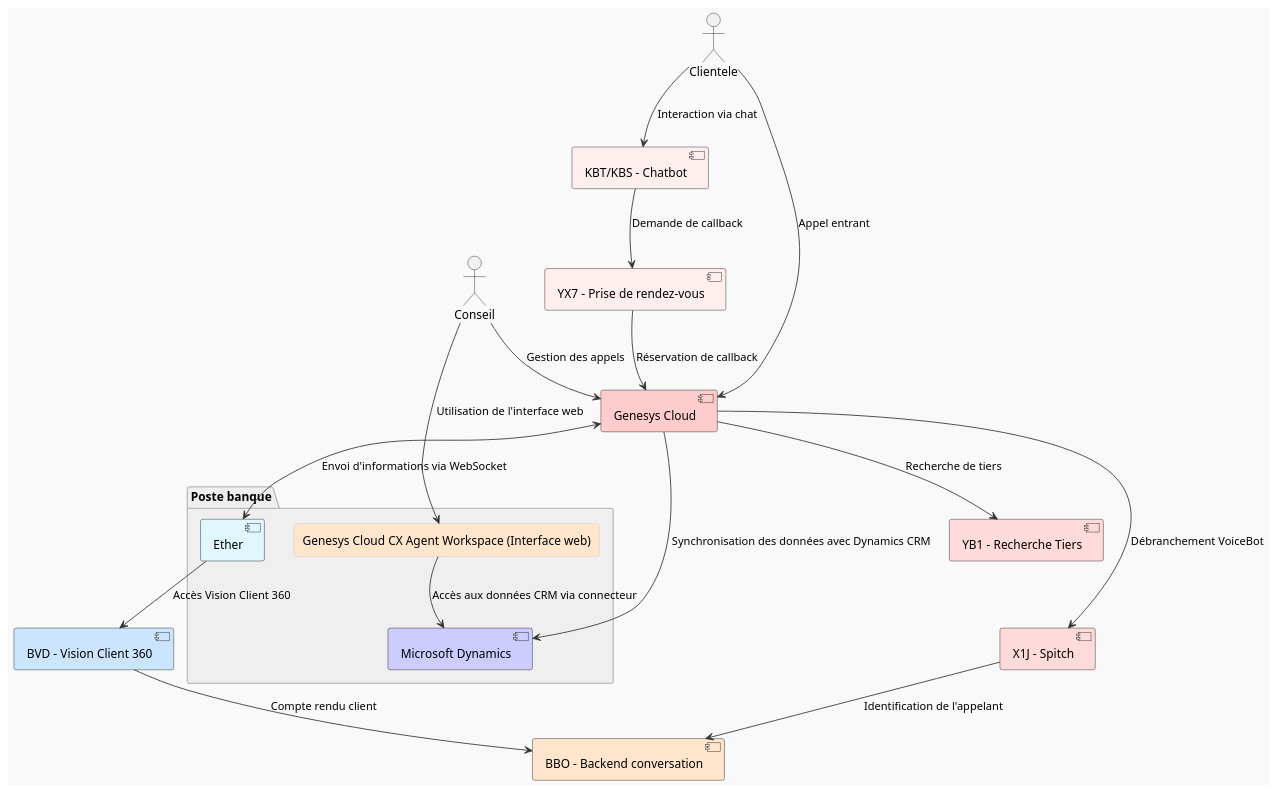
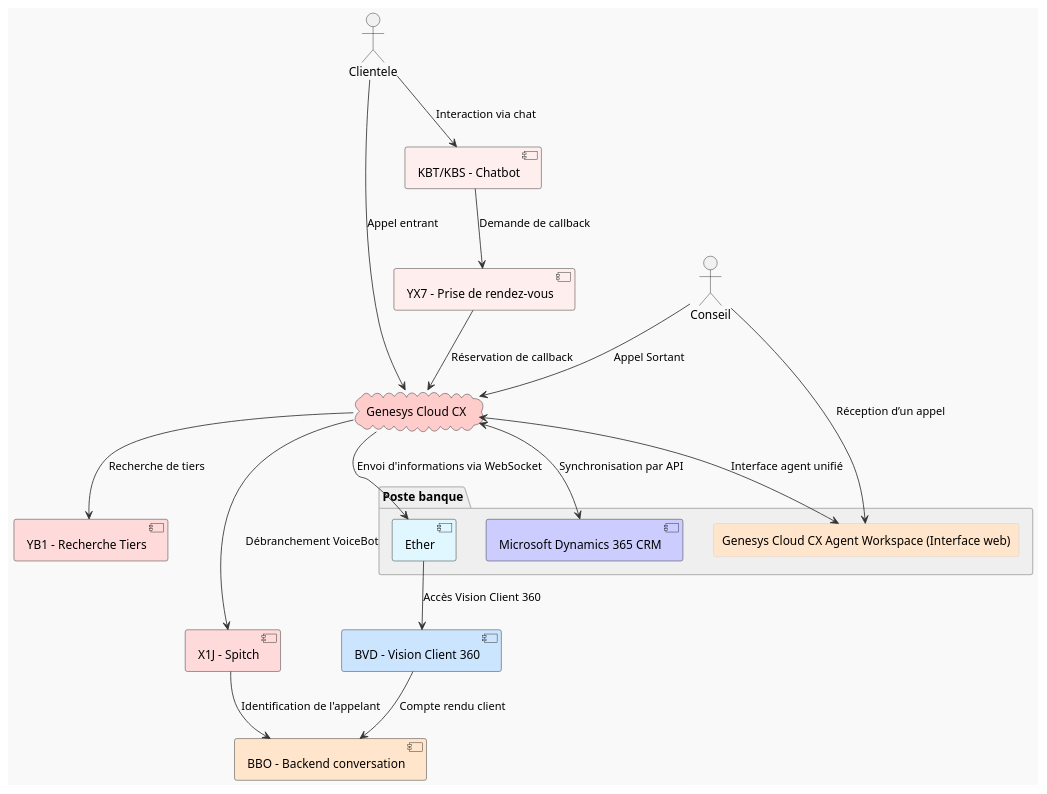
The diagram in v5.puml (tchapnga/etude), drawn with PlantUML before and after one commit. The commit also changed 1 other file, not shown here.

```diff
--- a/v5.puml
+++ b/v5.puml
@@ -1,61 +1,63 @@
 @startuml
 skinparam shadowing false
 skinparam monochrome false
 skinparam ArrowColor #333333
 skinparam BackgroundColor #F9F9F9
 skinparam FontName Arial
 skinparam FontSize 12
 
+' Style de rectangle et package
 skinparam rectangle {
   BackgroundColor #F7F7F7
   BorderColor #CCCCCC
 }
 skinparam package {
   BackgroundColor #EFEFEF
   BorderColor #BBBBBB
 }
 
 actor Clientele as clientele
 actor Conseil as conseil
 
 package "Poste banque" {
   rectangle "Genesys Cloud CX Agent Workspace (Interface web)" as agent_workspace #FFE5CC
   component "Ether" as ether #E0F7FF
-  component "Microsoft Dynamics" as dynamics #CCCCFF
+  component "Microsoft Dynamics 365 CRM" as dynamics #CCCCFF
 }
+
+cloud "Genesys Cloud CX" as genesys #FFCCCC
 
 component "KBT/KBS - Chatbot" as chatbot #FFEEEE
 component "YX7 - Prise de rendez-vous" as rendezvous #FFEEEE
-component "Genesys Cloud" as genesys #FFCCCC
 component "X1J - Spitch" as spitch #FFDADA
 component "YB1 - Recherche Tiers" as recherche_tiers #FFDADA
 component "BBO - Backend conversation" as backend_conversation #FFE5CC
 component "BVD - Vision Client 360" as vision_client #CCE5FF
 
 '---- Interactions principales ----
-conseil --> agent_workspace : Utilisation de l'interface web
-conseil --> genesys : Gestion des appels
+conseil --> agent_workspace : Réception d’un appel
+conseil --> genesys : Appel Sortant
 clientele --> genesys : Appel entrant
 clientele --> chatbot : Interaction via chat
 
 '---- Gestion des rendez-vous ----
 chatbot --> rendezvous : Demande de callback
 rendezvous --> genesys : Réservation de callback
 
 '---- Recherche et identification ----
 genesys --> recherche_tiers : Recherche de tiers
 genesys --> spitch : Débranchement VoiceBot
+genesys <--> agent_workspace : Interface agent unifié
 
 '---- Connexion avec Microsoft Dynamics ----
-agent_workspace --> dynamics : Accès aux données CRM via connecteur
-genesys --> dynamics : Synchronisation des données avec Dynamics CRM
+genesys <--> dynamics : Synchronisation par API
 
 '---- WebSocket et Vision Client ----
-genesys <--> ether : Envoi d'informations via WebSocket
+genesys --> ether : Envoi d'informations via WebSocket
 ether --> vision_client : Accès Vision Client 360
 
 '---- Gestion backend ----
 spitch --> backend_conversation : Identification de l'appelant
 vision_client --> backend_conversation : Compte rendu client
 
 @enduml
```
